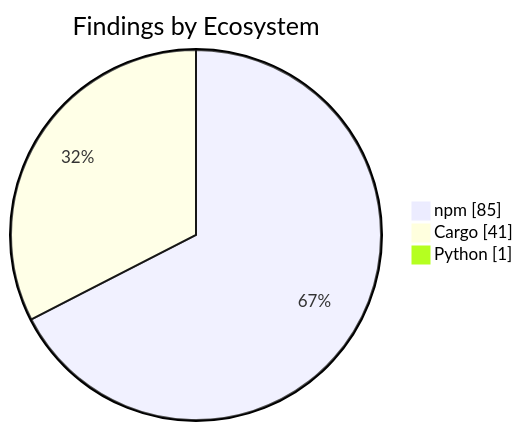
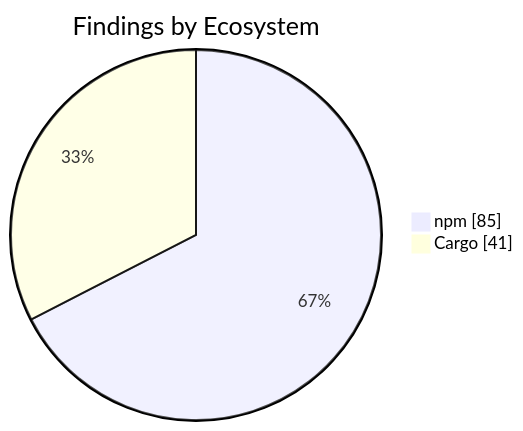
The second of 2 diagrams in apps/kbve/astro-kbve/src/content/docs/dashboard/security.mdx (KBVE/kbve), drawn with Mermaid before and after one commit. The commit also changed other lines of this file and 7 other files, not shown here.

````diff
--- a/apps/kbve/astro-kbve/src/content/docs/dashboard/security.mdx
+++ b/apps/kbve/astro-kbve/src/content/docs/dashboard/security.mdx
@@ -73,7 +73,6 @@
 ```mermaid
 pie showData
     title Findings by Ecosystem
     "npm" : 85
     "Cargo" : 41
-    "Python" : 1
 ```
````
